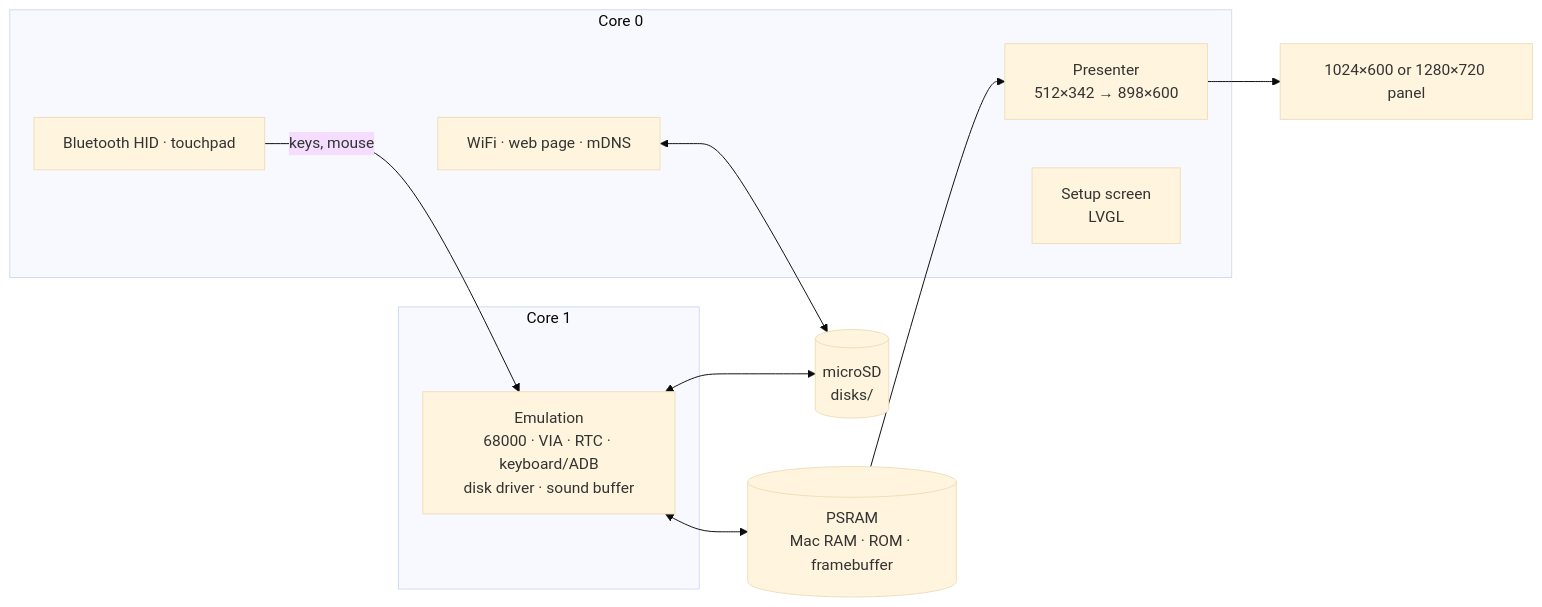
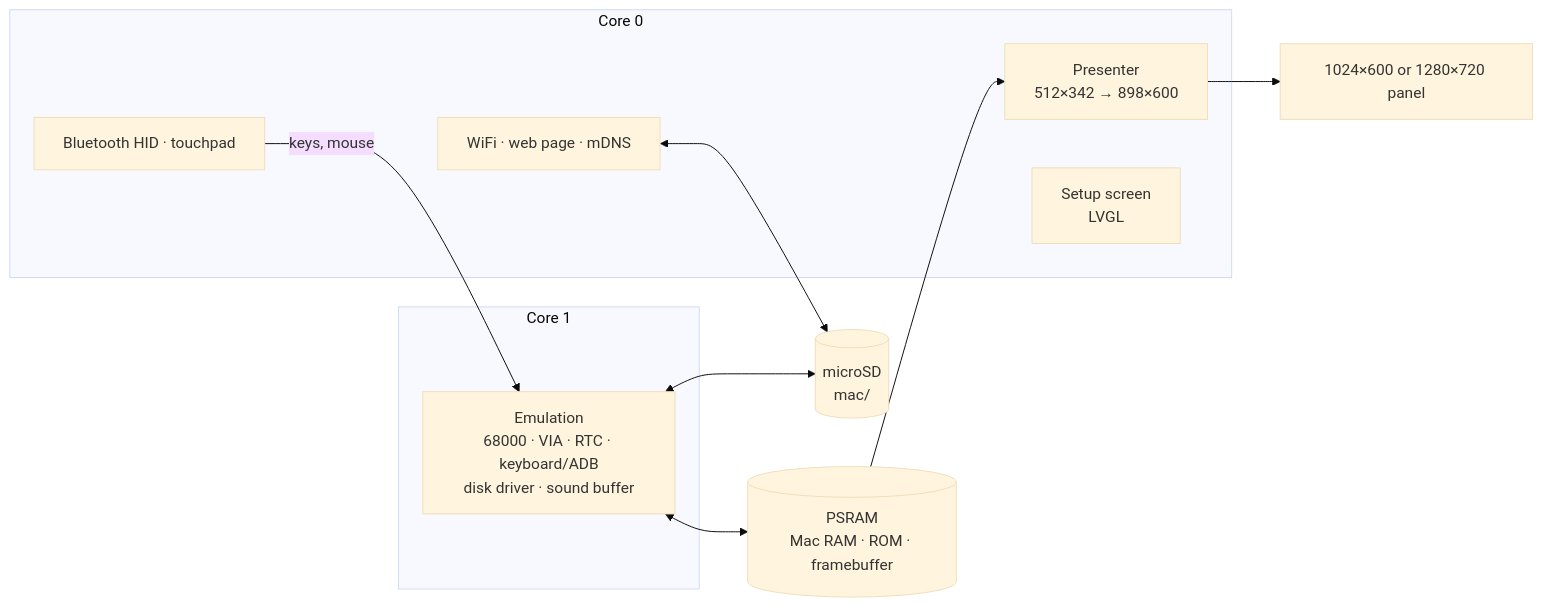
Before and after one commit to rlucencic/esp32mac: the diagram in README.md, drawn with Mermaid (base theme). The commit also changed other lines of this file and 5 other files, not shown here.

First line of the commit message:
ROMs on the SD card in mac/roms, disk images in mac/ (was disks/)

````diff
--- a/README.md
+++ b/README.md
@@ -202,20 +204,20 @@
 ```mermaid
 flowchart LR
   subgraph core1 [Core 1]
     EMU["Emulation<br>68000 · VIA · RTC · keyboard/ADB<br>disk driver · sound buffer"]
   end
   subgraph core0 [Core 0]
     PRES[Presenter<br>512×342 → 898×600]
     UI[Setup screen<br>LVGL]
     NET[WiFi · web page · mDNS]
     BLE[Bluetooth HID · touchpad]
   end
   PSRAM[(PSRAM<br>Mac RAM · ROM · framebuffer)]
-  SD[(microSD<br>disks/)]
+  SD[(microSD<br>mac/)]
   EMU <--> PSRAM
   PRES --> LCD[1024×600 or 1280×720 panel]
   PSRAM --> PRES
   BLE -- keys, mouse --> EMU
   EMU <--> SD
   NET <--> SD
 ```
````
